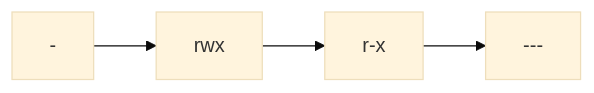
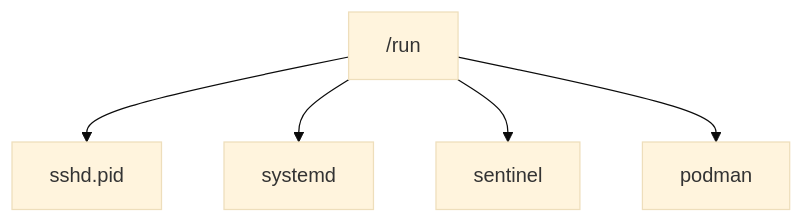
Before and after one commit to tdelaclos/formations: the fifth of 15 diagrams in campagne 1/1.6.md, drawn with Mermaid (base theme). The commit also changed other lines of this file, not shown here.

````diff
--- a/campagne 1/1.6.md
+++ b/campagne 1/1.6.md
@@ -261,15 +387,13 @@
 ```mermaid
-flowchart LR
+flowchart TD
 
-A["-"]
+A["/run"]
 
-B["rwx"]
+A --> B["sshd.pid"]
 
-C["r-x"]
+A --> C["systemd"]
 
-D["---"]
+A --> D["sentinel"]
 
-A --> B
-B --> C
-C --> D
+A --> E["podman"]
 ```
````
